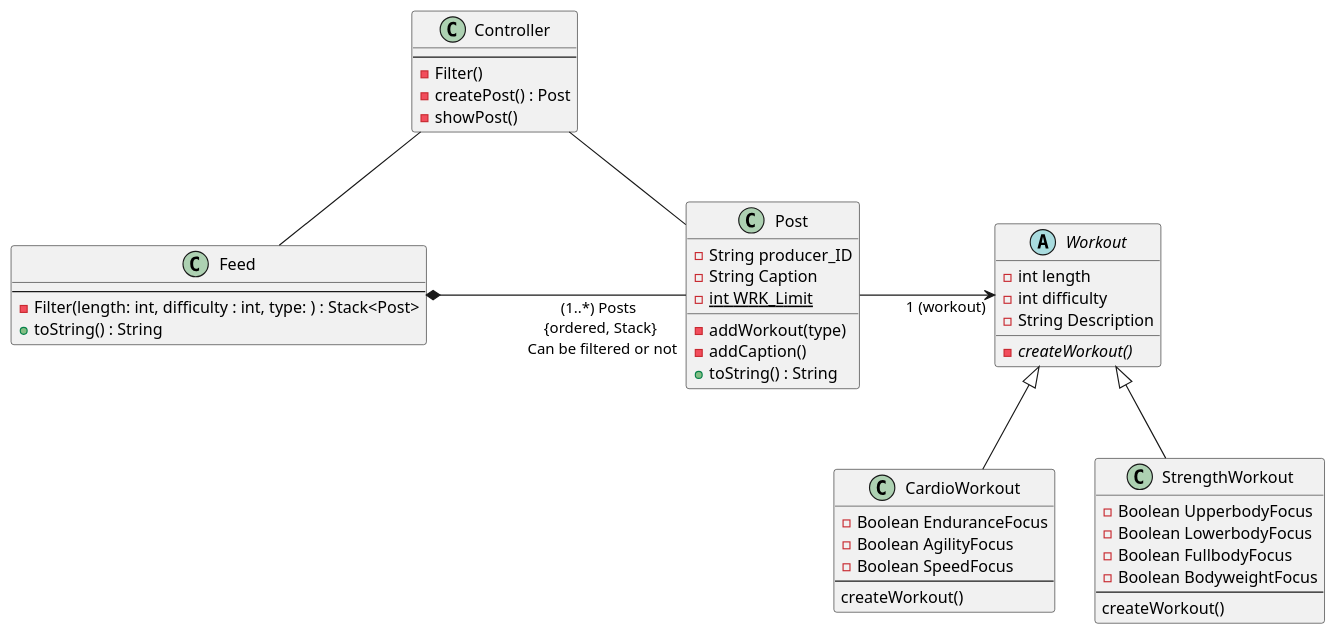
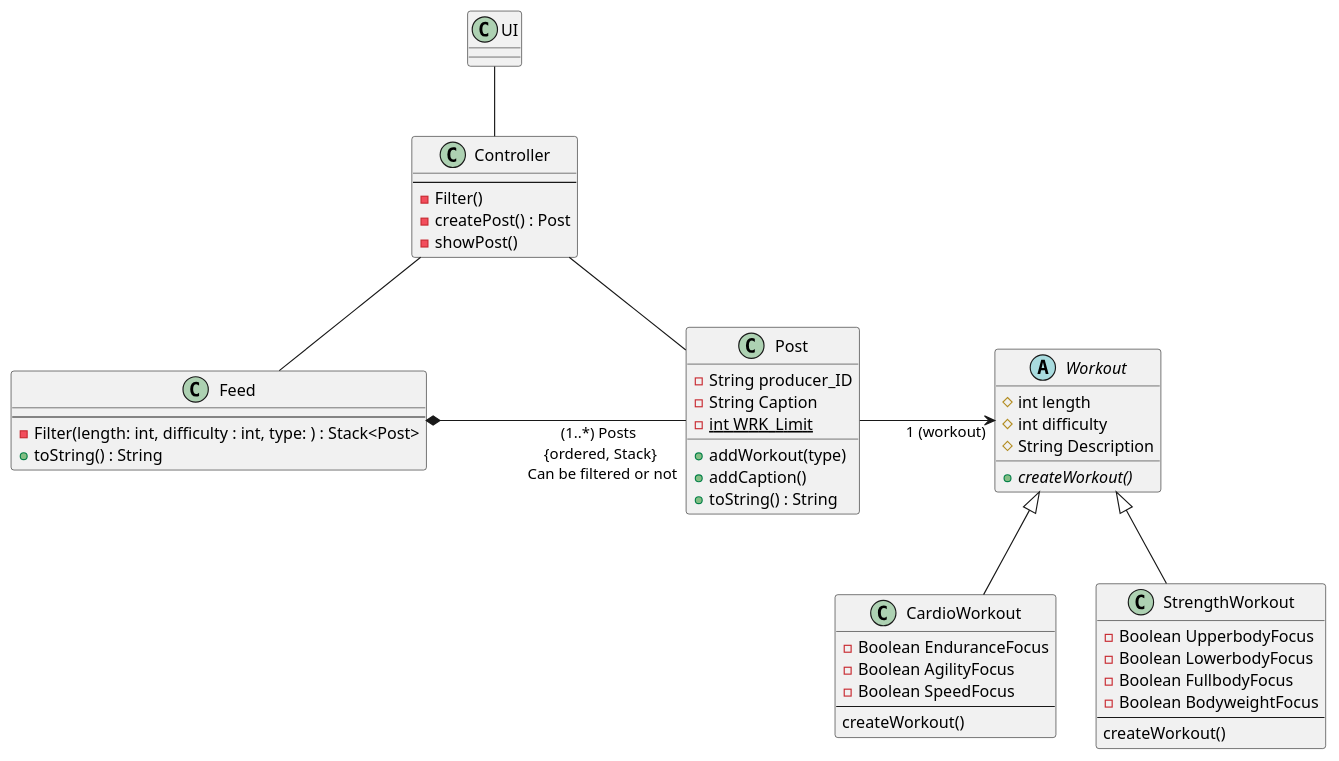
One commit to arun-guruswamy/workout-networking changed the fifth of 5 diagrams in doc/design.md. Above: the diagram before and after it, drawn with PlantUML. The commit also changed other lines of this file and 1 other file, not shown here.

````diff
--- a/doc/design.md
+++ b/doc/design.md
@@ -103,57 +111,61 @@
 ```plantuml
 @startuml
 'skinparam classAttributeIconSize 0
 class Post {
 -String producer_ID
 -String Caption
 -{Static} int WRK_Limit
-{method} -addWorkout(type) 
-{method} -addCaption()
+{method} +addWorkout(type) 
+{method} +addCaption()
 {method} +toString() : String
 }
 
 abstract class Workout {
--int length 
--int difficulty 
--String Description
-{method} {abstract} -createWorkout()
+#int length 
+#int difficulty 
+#String Description
+{method} {abstract} +createWorkout()
 }
 
 class CardioWorkout {
 -Boolean EnduranceFocus
 -Boolean AgilityFocus 
 -Boolean SpeedFocus
 --
 createWorkout() 
 }
 
 class StrengthWorkout {
 -Boolean UpperbodyFocus
 -Boolean LowerbodyFocus 
 -Boolean FullbodyFocus
 -Boolean BodyweightFocus 
 --
 createWorkout() 
 }
 
 class Feed {
 --
 -Filter(length: int, difficulty : int, type: ) : Stack<Post> 
 +toString() : String
 }
 
 class Controller {
 --
 -Filter() 
 -createPost() : Post 
 -showPost()
 }
 
+class UI {
+}
+
 Feed *-"(1..*) Posts \n{ordered, Stack}\n Can be filtered or not" Post : \t\t\t\t\t\t\t
 Post -> "1 (workout)" Workout : \t\t\t
 Workout <|-- CardioWorkout
 Workout <|-- StrengthWorkout
 Controller -- Post 
 Controller -- Feed
+UI -- Controller
 @enduml
 ```
````
